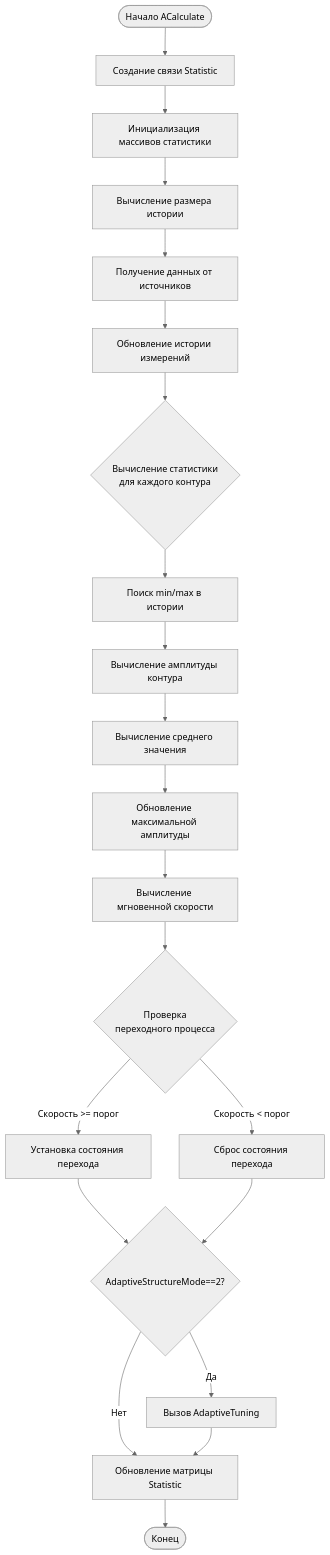
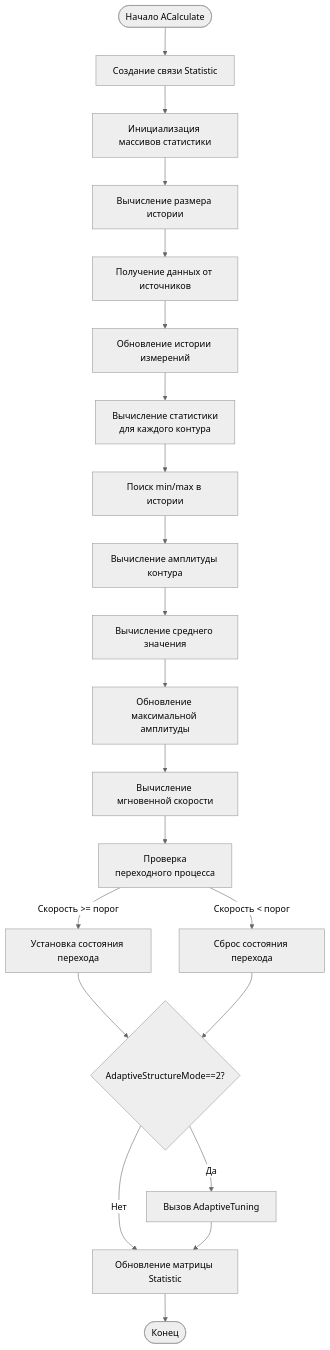
The fourth of 5 diagrams in Docs/Components/NEngineMotionControl.md (aicommunity/Nmsdk-MotionControlLib), drawn with Mermaid (neutral theme) before and after one commit. The commit also changed other lines of this file and 39 other files, not shown here.

First line of the commit message:
docs(motion): normalize mermaid node ids with quoted labels

````diff
--- a/Docs/Components/NEngineMotionControl.md
+++ b/Docs/Components/NEngineMotionControl.md
@@ -214,23 +214,23 @@
 ```mermaid
 flowchart TD
     Start([Начало ACalculate]) --> CreateLink[Создание связи Statistic]
     CreateLink --> InitArrays[Инициализация массивов статистики]
     InitArrays --> CalcHistorySize[Вычисление размера истории]
     CalcHistorySize --> GetSourceData[Получение данных от источников]
     GetSourceData --> UpdateHistory[Обновление истории измерений]
-    UpdateHistory --> CalcStats{Вычисление статистики<br/>для каждого контура}
+    UpdateHistory --> CalcStats["Вычисление статистики<br/>для каждого контура"]
     CalcStats --> FindMinMax[Поиск min/max в истории]
     FindMinMax --> CalcAmplitude[Вычисление амплитуды контура]
     CalcAmplitude --> CalcAverage[Вычисление среднего значения]
     CalcAverage --> UpdateMaxAmplitude[Обновление максимальной амплитуды]
     UpdateMaxAmplitude --> CalcSpeed[Вычисление мгновенной скорости]
-    CalcSpeed --> CheckTransient{Проверка<br/>переходного процесса}
+    CalcSpeed --> CheckTransient["Проверка<br/>переходного процесса"]
     CheckTransient -->|Скорость >= порог| SetTransientState[Установка состояния перехода]
     CheckTransient -->|Скорость < порог| ClearTransientState[Сброс состояния перехода]
     SetTransientState --> CheckAdaptive{AdaptiveStructureMode==2?}
     ClearTransientState --> CheckAdaptive
     CheckAdaptive -->|Да| CallAdaptiveTuning[Вызов AdaptiveTuning]
     CheckAdaptive -->|Нет| UpdateStatistic
     CallAdaptiveTuning --> UpdateStatistic[Обновление матрицы Statistic]
     UpdateStatistic --> End([Конец])
 ```
````
